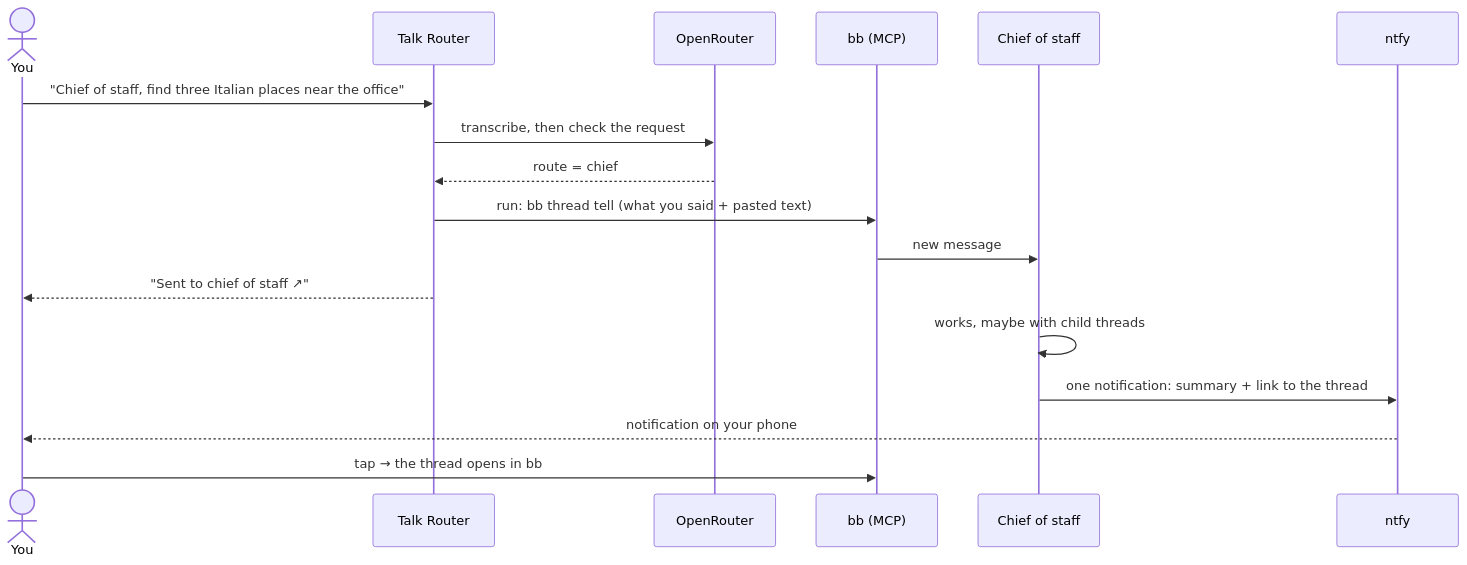
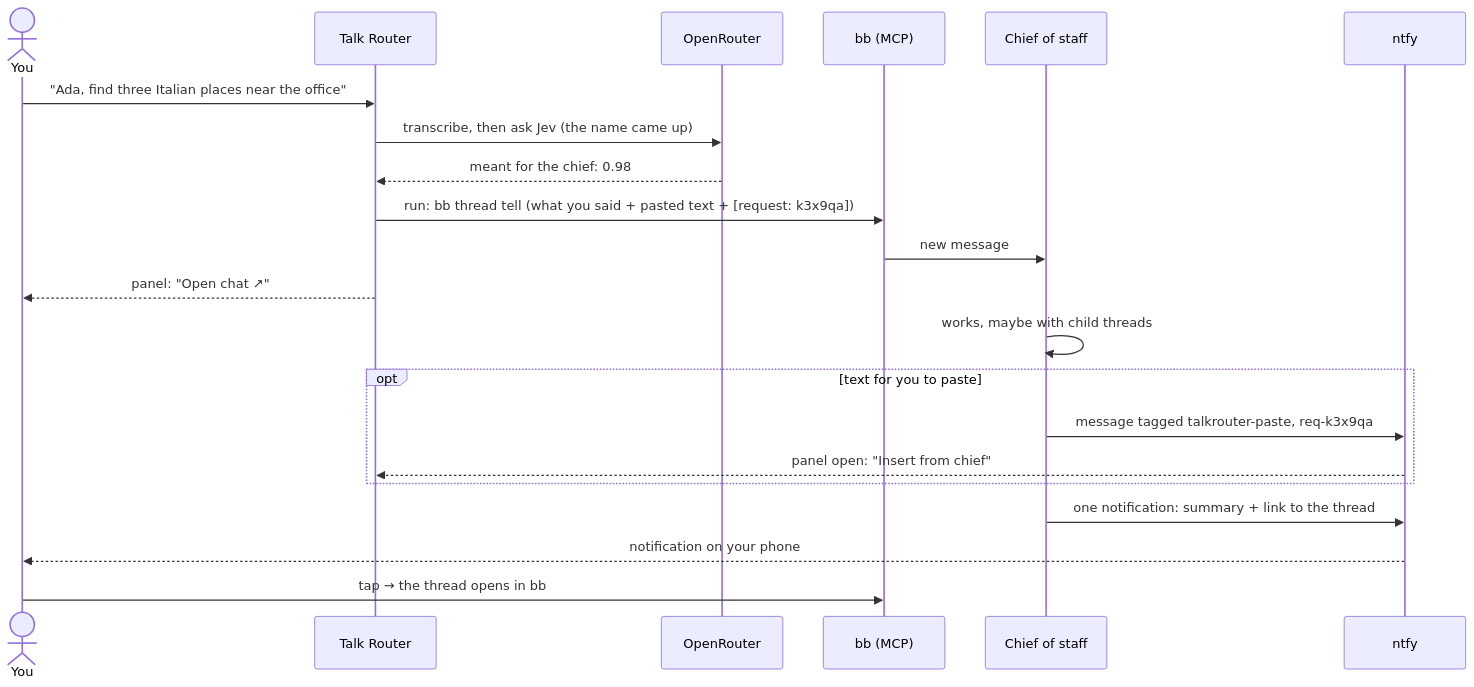
One commit to Philipp-Userlike/dictate-and-delegate changed the third of 4 diagrams in README.md. Above: the diagram before and after it, drawn with Mermaid. The commit also changed other lines of this file and 8 other files, not shown here.

First line of the commit message:
Docs and privacy policy for the floating panel, Refine and the named chief

````diff
--- a/README.md
+++ b/README.md
@@ -89,19 +96,23 @@
 ```mermaid
 sequenceDiagram
     actor You
     participant TR as Talk Router
     participant OR as OpenRouter
     participant BB as bb (MCP)
     participant CoS as Chief of staff
     participant N as ntfy
-    You->>TR: "Chief of staff, find three Italian places near the office"
-    TR->>OR: transcribe, then check the request
-    OR-->>TR: route = chief
-    TR->>BB: run: bb thread tell (what you said + pasted text)
+    You->>TR: "Ada, find three Italian places near the office"
+    TR->>OR: transcribe, then ask Jev (the name came up)
+    OR-->>TR: meant for the chief: 0.98
+    TR->>BB: run: bb thread tell (what you said + pasted text + [request: k3x9qa])
     BB->>CoS: new message
-    TR-->>You: "Sent to chief of staff ↗"
+    TR-->>You: panel: "Open chat ↗"
     CoS->>CoS: works, maybe with child threads
+    opt text for you to paste
+        CoS->>N: message tagged talkrouter-paste, req-k3x9qa
+        N-->>TR: panel open: "Insert from chief"
+    end
     CoS->>N: one notification: summary + link to the thread
     N-->>You: notification on your phone
     You->>BB: tap → the thread opens in bb
 ```
````
